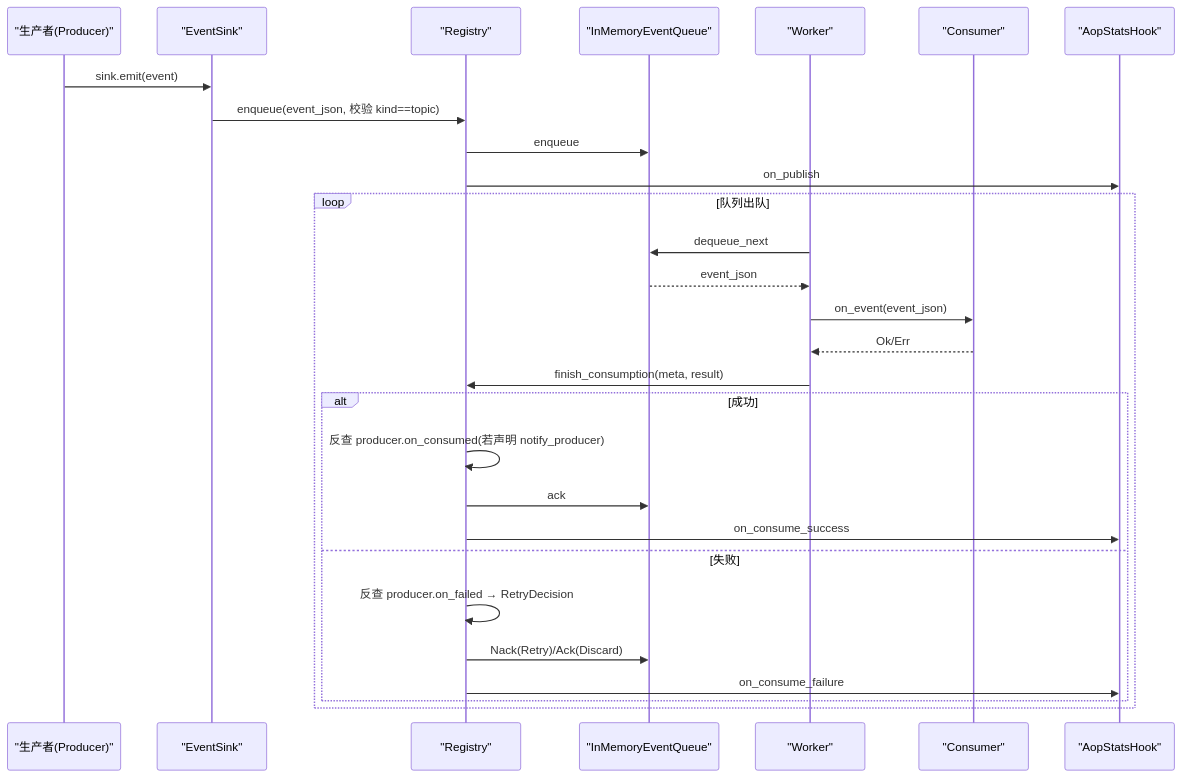
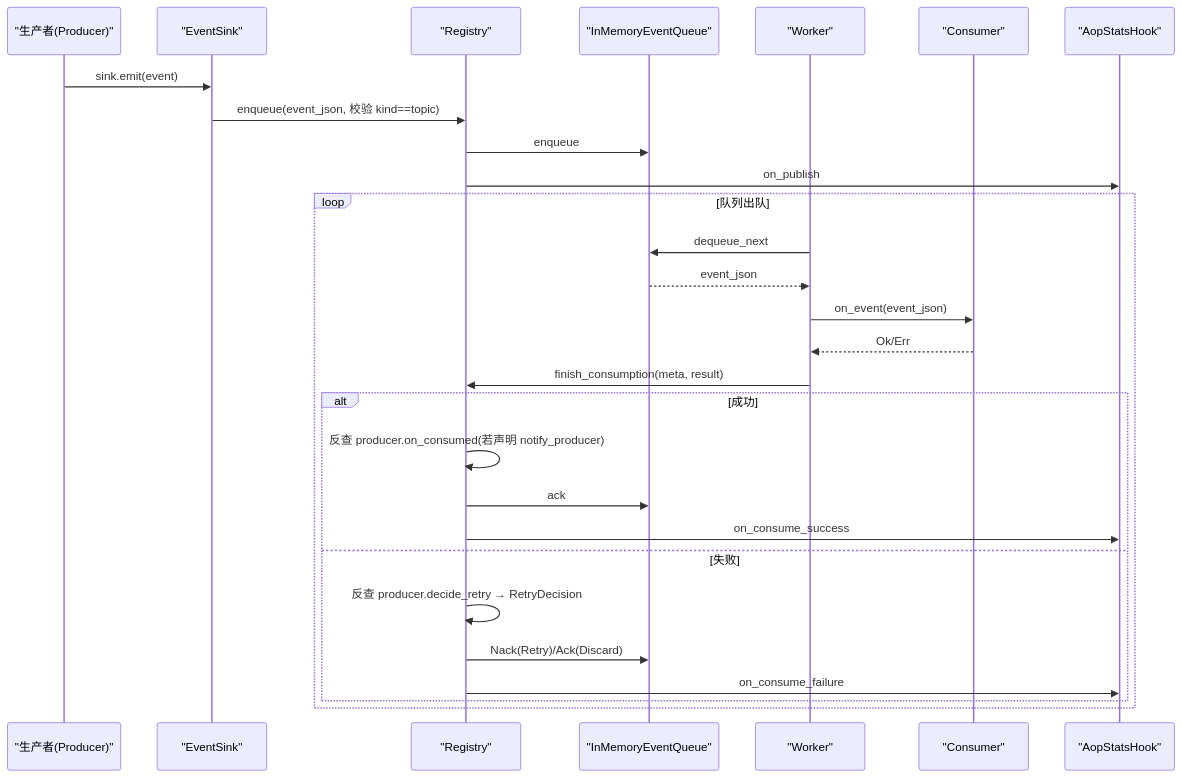
The second of 6 diagrams in docs/wiki/zh/content/核心模块/AOP 事件系统/AOP 事件系统.md (runningcoders/ai_orz), drawn with Mermaid before and after one commit. The commit also changed other lines of this file and 28 other files, not shown here.

````diff
--- a/docs/wiki/zh/content/核心模块/AOP 事件系统/AOP 事件系统.md
+++ b/docs/wiki/zh/content/核心模块/AOP 事件系统/AOP 事件系统.md
@@ -128,30 +128,30 @@
 ```mermaid
 sequenceDiagram
 participant P as "生产者(Producer)"
 participant S as "EventSink"
 participant R as "Registry"
 participant Q as "InMemoryEventQueue"
 participant W as "Worker"
 participant C as "Consumer"
 participant H as "AopStatsHook"
 P->>S : sink.emit(event)
 S->>R : enqueue(event_json, 校验 kind==topic)
 R->>Q : enqueue
 R->>H : on_publish
 loop 队列出队
 W->>Q : dequeue_next
 Q-->>W : event_json
 W->>C : on_event(event_json)
 C-->>W : Ok/Err
 W->>R : finish_consumption(meta, result)
 alt 成功
 R->>R : 反查 producer.on_consumed(若声明 notify_producer)
 R->>Q : ack
 R->>H : on_consume_success
 else 失败
-R->>R : 反查 producer.on_failed → RetryDecision
+R->>R : 反查 producer.decide_retry → RetryDecision
 R->>Q : Nack(Retry)/Ack(Discard)
 R->>H : on_consume_failure
 end
 end
 ```
````
